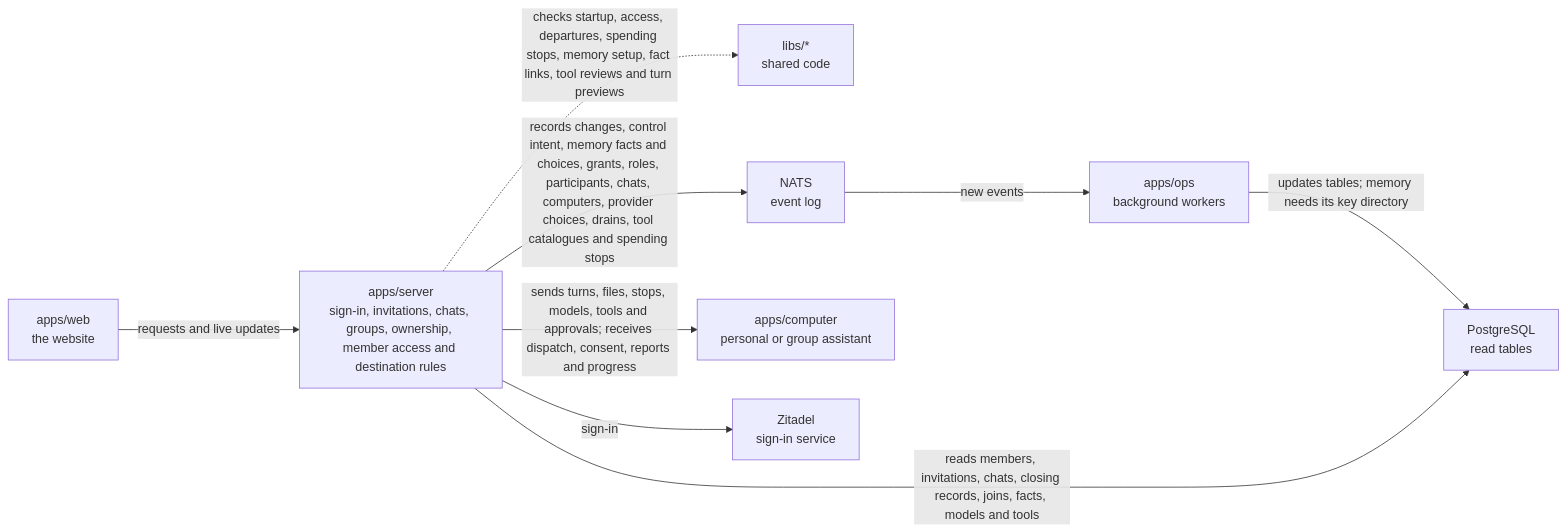
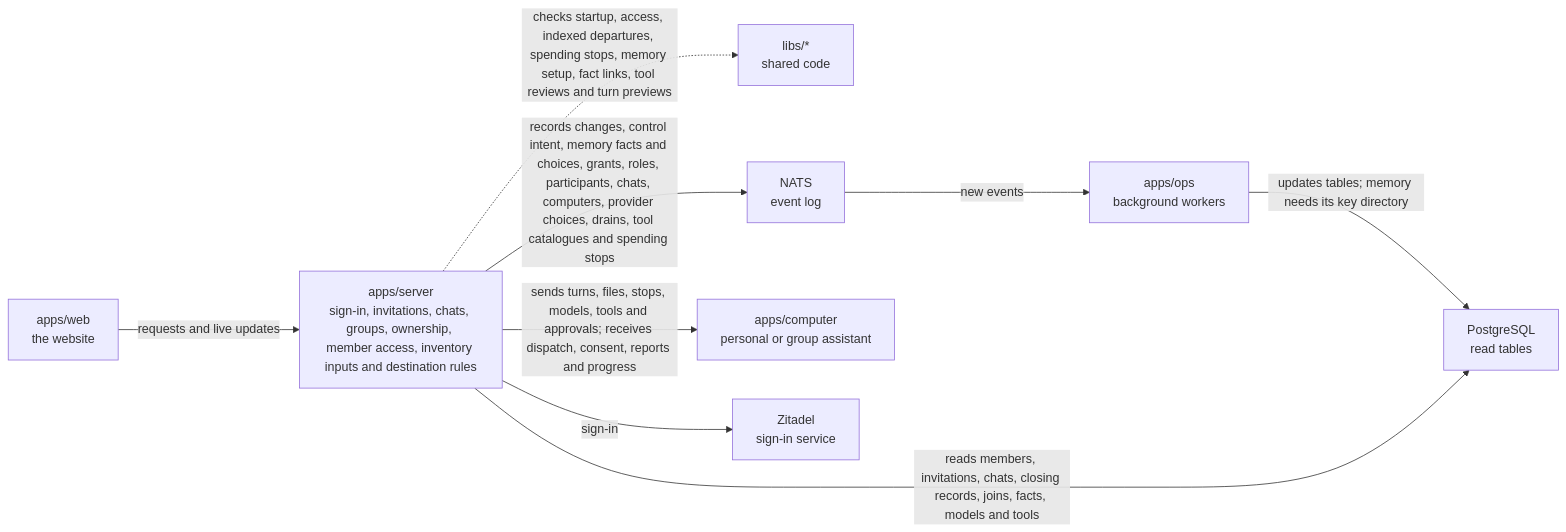
Before and after one commit to elewa-git/opencrane-new: the diagram in apps/server/README.md, drawn with Mermaid. The commit also changed other lines of this file and 27 other files, not shown here.

First line of the commit message:
📇 Departure reviews read exact member inventory and refuse to call an oversized list complete (#344)

````diff
--- a/apps/server/README.md
+++ b/apps/server/README.md
@@ -11,11 +11,11 @@
 ```mermaid
 flowchart LR
-  web["apps/web<br/>the website"] -->|requests and live updates| server["apps/server<br/>sign-in, invitations, chats, groups, ownership, member access and destination rules"]
-  server -.->|checks startup, access, departures, spending stops, memory setup, fact links, tool reviews and turn previews| libs["libs/*<br/>shared code"]
+  web["apps/web<br/>the website"] -->|requests and live updates| server["apps/server<br/>sign-in, invitations, chats, groups, ownership, member access, inventory inputs and destination rules"]
+  server -.->|checks startup, access, indexed departures, spending stops, memory setup, fact links, tool reviews and turn previews| libs["libs/*<br/>shared code"]
   server -->|records changes, control intent, memory facts and choices, grants, roles, participants, chats, computers, provider choices, drains, tool catalogues and spending stops| nats["NATS<br/>event log"]
   nats -->|new events| ops["apps/ops<br/>background workers"]
   ops -->|updates tables; memory needs its key directory| postgres["PostgreSQL<br/>read tables"]
   server -->|reads members, invitations, chats, closing records, joins, facts, models and tools| postgres
   server -->|sends turns, files, stops, models, tools and approvals; receives dispatch, consent, reports and progress| computer["apps/computer<br/>personal or group assistant"]
   server -->|sign-in| zitadel["Zitadel<br/>sign-in service"]
 ```
````
